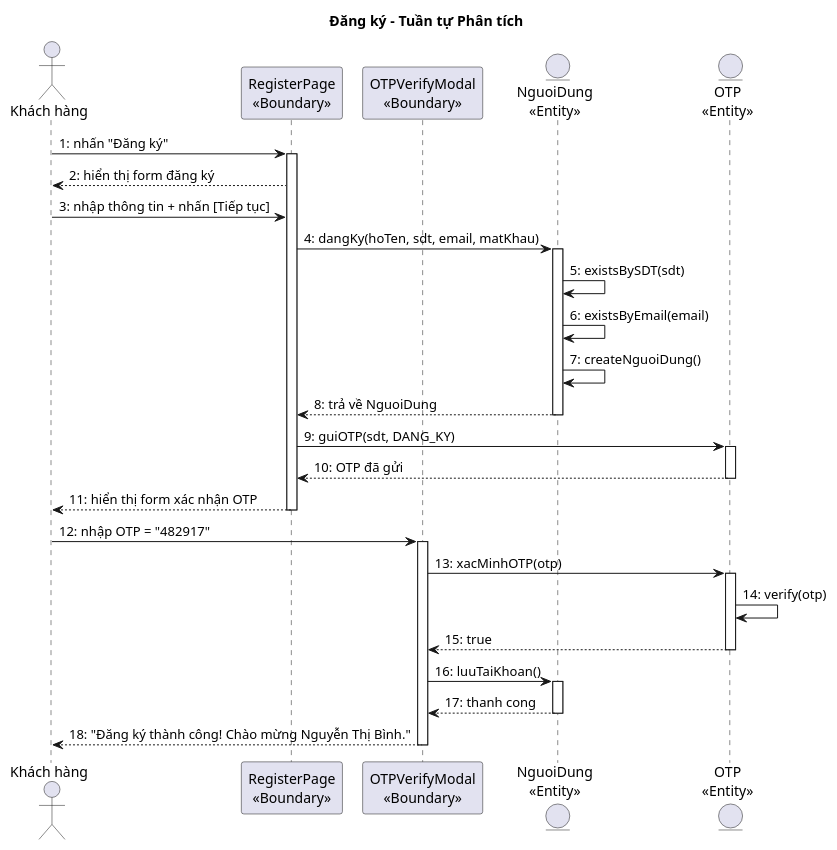
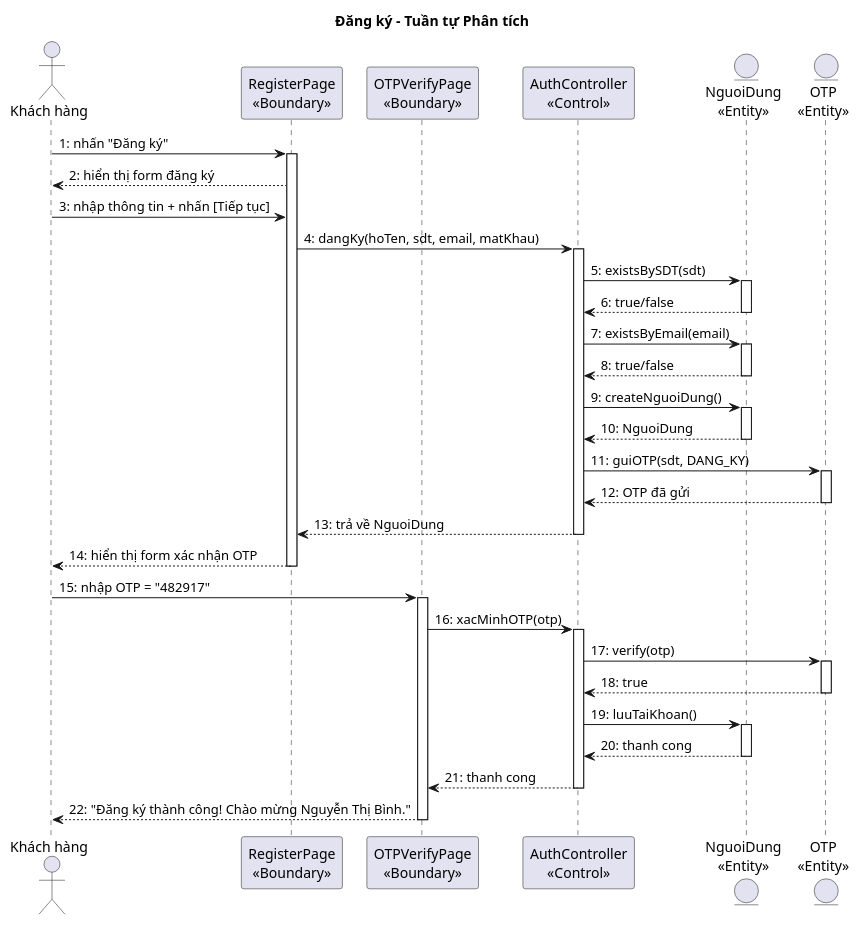
One commit to thanhtrnnn/cnpm changed the second of 5 diagrams in docs/tabs/section-account-ii.md. Above: the diagram before and after it, drawn with PlantUML. The commit also changed other lines of this file and 10 other files, not shown here.

First line of the commit message:
feat: Controller pattern + Page classes + properties/methods for account module

````diff
--- a/docs/tabs/section-account-ii.md
+++ b/docs/tabs/section-account-ii.md
@@ -246,43 +250,56 @@
 ```plantuml
 @startuml
 title Đăng ký – Tuần tự Phân tích
 
 actor "Khách hàng" as KH
 participant "RegisterPage\n<<Boundary>>" as B1
-participant "OTPVerifyModal\n<<Boundary>>" as B2
+participant "OTPVerifyPage\n<<Boundary>>" as B2
+participant "AuthController\n<<Control>>" as C1
 entity "NguoiDung\n<<Entity>>" as E1
 entity "OTP\n<<Entity>>" as E2
 
 KH -> B1 : 1: nhấn "Đăng ký"
 activate B1
 B1 --> KH : 2: hiển thị form đăng ký
 KH -> B1 : 3: nhập thông tin + nhấn [Tiếp tục]
-B1 -> E1 : 4: dangKy(hoTen, sdt, email, matKhau)
+B1 -> C1 : 4: dangKy(hoTen, sdt, email, matKhau)
+activate C1
+C1 -> E1 : 5: existsBySDT(sdt)
 activate E1
-E1 -> E1 : 5: existsBySDT(sdt)
-E1 -> E1 : 6: existsByEmail(email)
-E1 -> E1 : 7: createNguoiDung()
-E1 --> B1 : 8: trả về NguoiDung
+E1 --> C1 : 6: true/false
 deactivate E1
-B1 -> E2 : 9: guiOTP(sdt, DANG_KY)
+C1 -> E1 : 7: existsByEmail(email)
+activate E1
+E1 --> C1 : 8: true/false
+deactivate E1
+C1 -> E1 : 9: createNguoiDung()
+activate E1
+E1 --> C1 : 10: NguoiDung
+deactivate E1
+C1 -> E2 : 11: guiOTP(sdt, DANG_KY)
 activate E2
-E2 --> B1 : 10: OTP đã gửi
+E2 --> C1 : 12: OTP đã gửi
 deactivate E2
-B1 --> KH : 11: hiển thị form xác nhận OTP
+C1 --> B1 : 13: trả về NguoiDung
+deactivate C1
+B1 --> KH : 14: hiển thị form xác nhận OTP
 deactivate B1
 
-KH -> B2 : 12: nhập OTP = "482917"
+KH -> B2 : 15: nhập OTP = "482917"
 activate B2
-B2 -> E2 : 13: xacMinhOTP(otp)
+B2 -> C1 : 16: xacMinhOTP(otp)
+activate C1
+C1 -> E2 : 17: verify(otp)
 activate E2
-E2 -> E2 : 14: verify(otp)
-E2 --> B2 : 15: true
+E2 --> C1 : 18: true
 deactivate E2
-B2 -> E1 : 16: luuTaiKhoan()
+C1 -> E1 : 19: luuTaiKhoan()
 activate E1
-E1 --> B2 : 17: thanh cong
+E1 --> C1 : 20: thanh cong
 deactivate E1
-B2 --> KH : 18: "Đăng ký thành công! Chào mừng Nguyễn Thị Bình."
+C1 --> B2 : 21: thanh cong
+deactivate C1
+B2 --> KH : 22: "Đăng ký thành công! Chào mừng Nguyễn Thị Bình."
 deactivate B2
 @enduml
 ```
````
